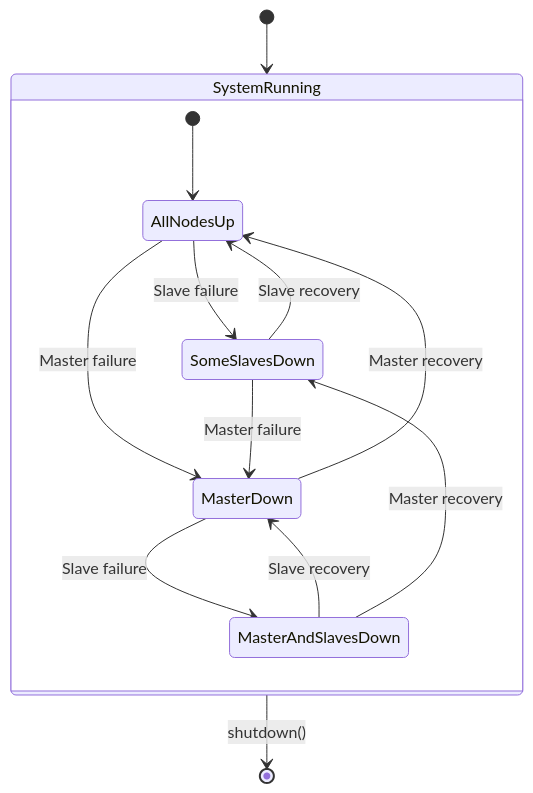
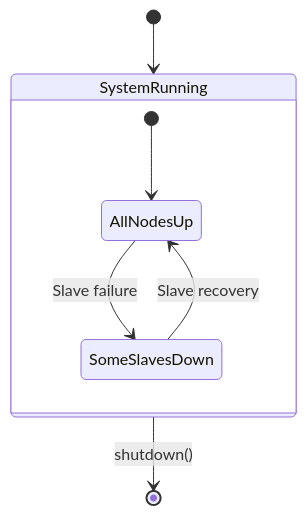
Before and after one commit to billycychan/master-slave-replication-java: the fifth of 6 diagrams in diagrams.md, drawn with Mermaid.

Commit message:
update system diagram

````diff
--- a/diagrams.md
+++ b/diagrams.md
@@ -175,22 +175,13 @@
 ```mermaid
 stateDiagram-v2
     [*] --> SystemRunning
-    
+
     state SystemRunning {
         [*] --> AllNodesUp
-        
+
         AllNodesUp --> SomeSlavesDown: Slave failure
-        AllNodesUp --> MasterDown: Master failure
-        
         SomeSlavesDown --> AllNodesUp: Slave recovery
-        SomeSlavesDown --> MasterDown: Master failure
-        
-        MasterDown --> AllNodesUp: Master recovery
-        MasterDown --> MasterAndSlavesDown: Slave failure
-        
-        MasterAndSlavesDown --> MasterDown: Slave recovery
-        MasterAndSlavesDown --> SomeSlavesDown: Master recovery
     }
-    
+
     SystemRunning --> [*]: shutdown()
 ```
````
